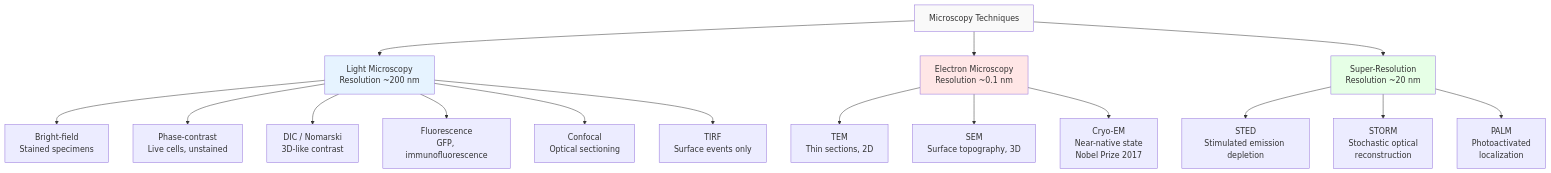
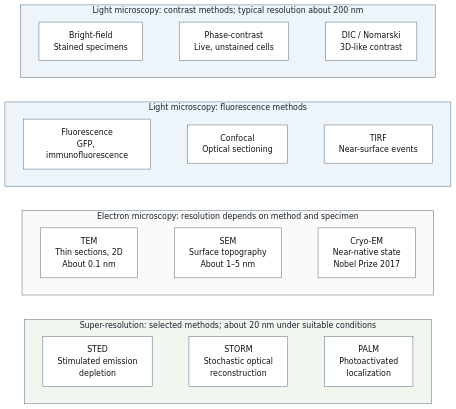
One commit to docxology/biology_textbook changed the second of 3 diagrams in docs/manuscript/unit_II/cell_theory.md. Above: the diagram before and after it, drawn with Mermaid. The commit also changed other lines of this file and 41 other files, not shown here.

````diff
--- a/docs/manuscript/unit_II/cell_theory.md
+++ b/docs/manuscript/unit_II/cell_theory.md
@@ -291,26 +291,36 @@
 ```mermaid
-flowchart TD
-    A["Microscopy Techniques"] --> B["Light Microscopy<br/>Resolution ~200 nm"]
-    A --> C["Electron Microscopy<br/>Resolution ~0.1 nm"]
-    A --> D["Super-Resolution<br/>Resolution ~20 nm"]
-
-    B --> B1["Bright-field<br/>Stained specimens"]
-    B --> B2["Phase-contrast<br/>Live cells, unstained"]
-    B --> B3["DIC / Nomarski<br/>3D-like contrast"]
-    B --> B4["Fluorescence<br/>GFP, immunofluorescence"]
-    B --> B5["Confocal<br/>Optical sectioning"]
-    B --> B6["TIRF<br/>Surface events only"]
-
-    C --> C1["TEM<br/>Thin sections, 2D"]
-    C --> C2["SEM<br/>Surface topography, 3D"]
-    C --> C3["Cryo-EM<br/>Near-native state<br/>Nobel Prize 2017"]
-
-    D --> D1["STED<br/>Stimulated emission depletion"]
-    D --> D2["STORM<br/>Stochastic optical<br/>reconstruction"]
-    D --> D3["PALM<br/>Photoactivated<br/>localization"]
-
-    style A fill:#f9f9f9
-    style B fill:#e6f3ff
-    style C fill:#ffe6e6
-    style D fill:#e6ffe6
+---
+config:
+  layout: dagre
+---
+flowchart TB
+    subgraph LIGHT1["Light microscopy: contrast methods; typical resolution about 200 nm"]
+        direction LR
+        B1["Bright-field<br/>Stained specimens"] ~~~ B2["Phase-contrast<br/>Live, unstained cells"]
+        B2 ~~~ B3["DIC / Nomarski<br/>3D-like contrast"]
+    end
+    subgraph LIGHT2["Light microscopy: fluorescence methods"]
+        direction LR
+        B4["Fluorescence<br/>GFP, immunofluorescence"] ~~~ B5["Confocal<br/>Optical sectioning"]
+        B5 ~~~ B6["TIRF<br/>Near-surface events"]
+    end
+    subgraph ELECTRON["Electron microscopy: resolution depends on method and specimen"]
+        direction LR
+        C1["TEM<br/>Thin sections, 2D<br/>About 0.1 nm"] ~~~ C2["SEM<br/>Surface topography<br/>About 1–5 nm"]
+        C2 ~~~ C3["Cryo-EM<br/>Near-native state<br/>Nobel Prize 2017"]
+    end
+    subgraph SUPER["Super-resolution: selected methods; about 20 nm under suitable conditions"]
+        direction LR
+        D1["STED<br/>Stimulated emission<br/>depletion"] ~~~ D2["STORM<br/>Stochastic optical<br/>reconstruction"]
+        D2 ~~~ D3["PALM<br/>Photoactivated<br/>localization"]
+    end
+    LIGHT1 ~~~ LIGHT2
+    LIGHT2 ~~~ ELECTRON
+    ELECTRON ~~~ SUPER
+    classDef method fill:#ffffff,stroke:#526777,color:#111111
+    class B1,B2,B3,B4,B5,B6,C1,C2,C3,D1,D2,D3 method
+    style LIGHT1 fill:#eef5fa,stroke:#526777,color:#17212b
+    style LIGHT2 fill:#eef5fa,stroke:#526777,color:#17212b
+    style ELECTRON fill:#fafafa,stroke:#526777,color:#17212b
+    style SUPER fill:#f1f6ef,stroke:#526777,color:#17212b
 ```
````
